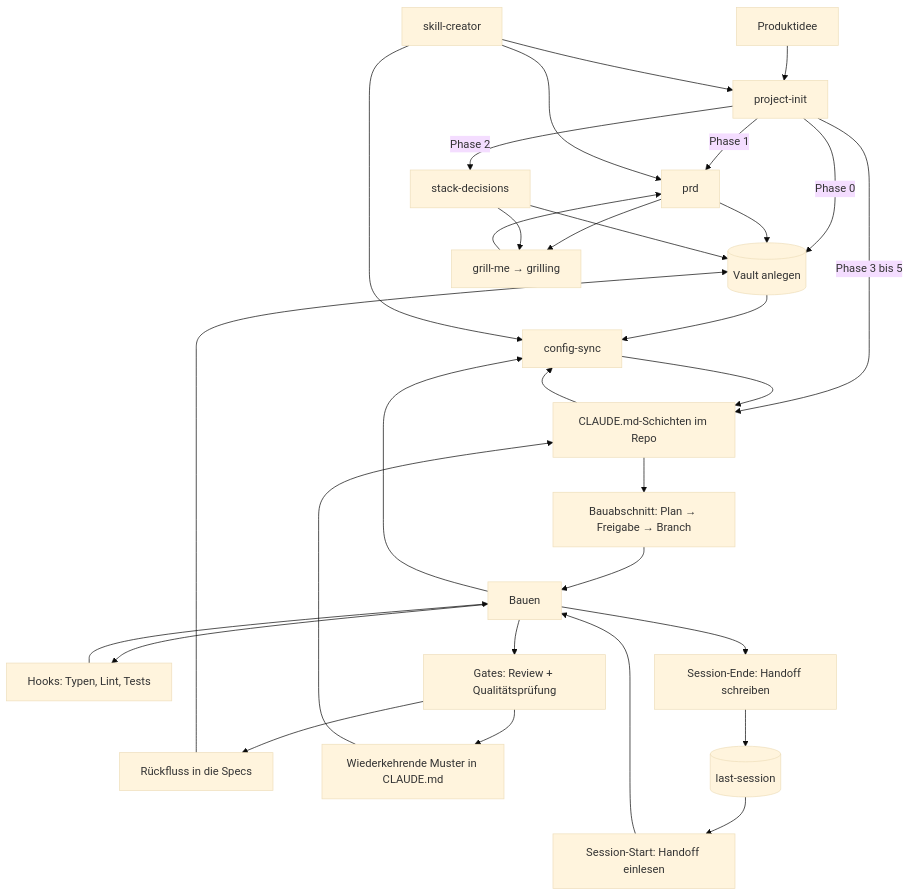
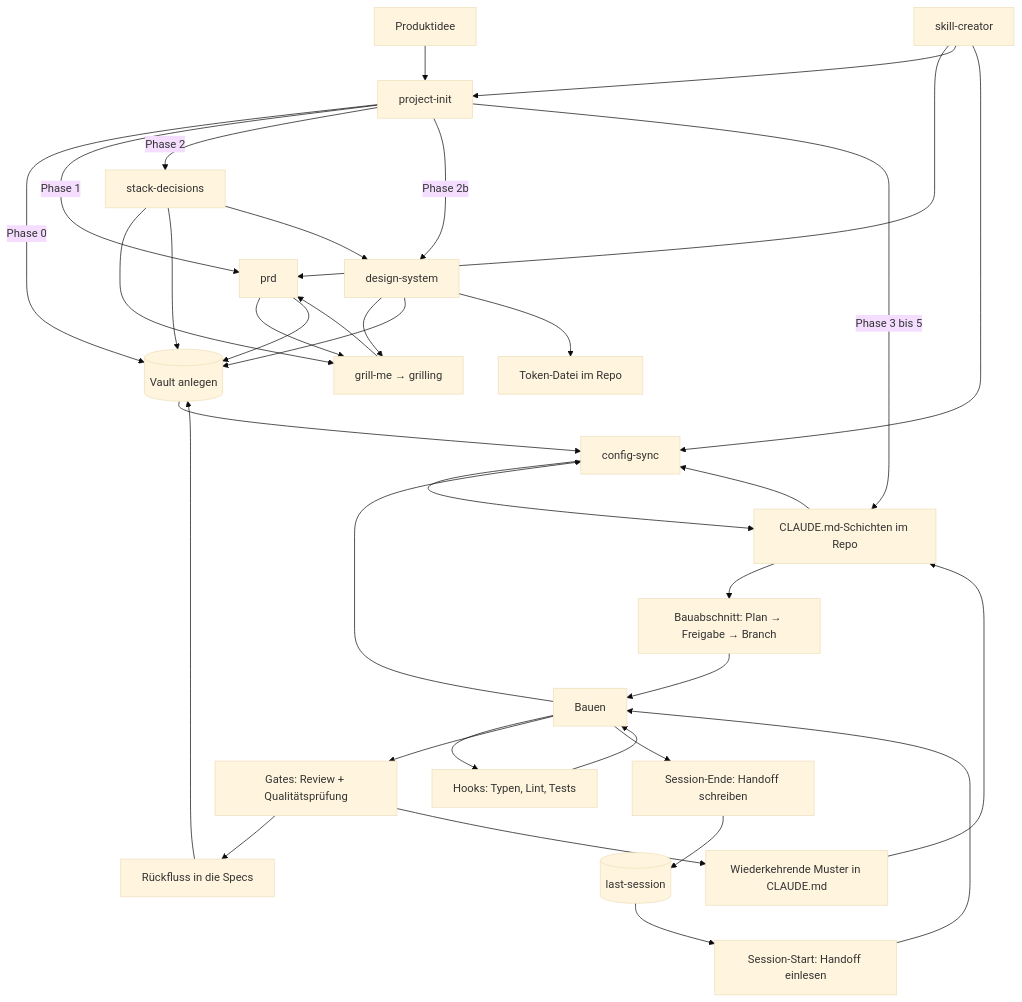
The diagram in LOOP.md (mxrius1706/Ai-Coding-Framework), drawn with Mermaid (base theme) before and after one commit. The commit also changed other lines of this file and 3 other files, not shown here.

First line of the commit message:
feat(skills): design-system ergaenzen

````diff
--- a/LOOP.md
+++ b/LOOP.md
@@ -25,37 +25,42 @@
 ```mermaid
 flowchart TD
     A[Produktidee] --> E[project-init]
     E -->|Phase 0| D[(Vault anlegen)]
     E -->|Phase 1| B[prd]
     B --> C[grill-me → grilling]
     C --> B
     B --> D
     E -->|Phase 2| S[stack-decisions]
     S --> C
     S --> D
+    E -->|Phase 2b| DS[design-system]
+    S --> DS
+    DS --> C
+    DS --> D
+    DS --> TK[Token-Datei im Repo]
     E -->|Phase 3 bis 5| F[CLAUDE.md-Schichten im Repo]
 
     F --> G[Bauabschnitt: Plan → Freigabe → Branch]
     G --> H[Bauen]
     H --> I[Hooks: Typen, Lint, Tests]
     I --> H
     H --> J[Gates: Review + Qualitätsprüfung]
     J --> K[Rückfluss in die Specs]
     K --> D
     J --> L[Wiederkehrende Muster in CLAUDE.md]
     L --> F
 
     F --> M[config-sync]
     M --> F
     D --> M
     H --> M
 
     N[Session-Ende: Handoff schreiben] --> O[(last-session)]
     O --> P[Session-Start: Handoff einlesen]
     P --> H
     H --> N
 
     Q[skill-creator] --> B
     Q --> E
     Q --> M
 ```
````
